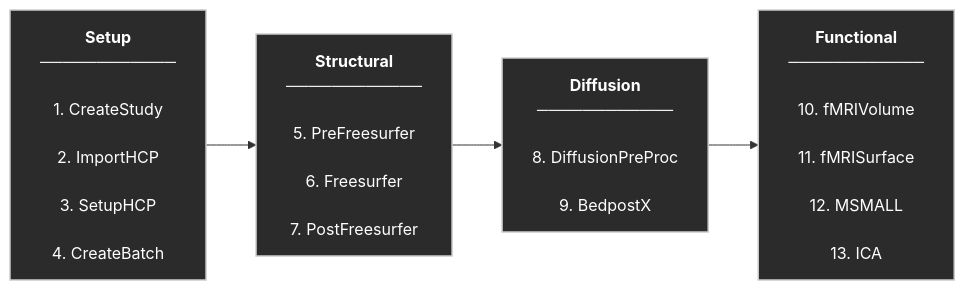
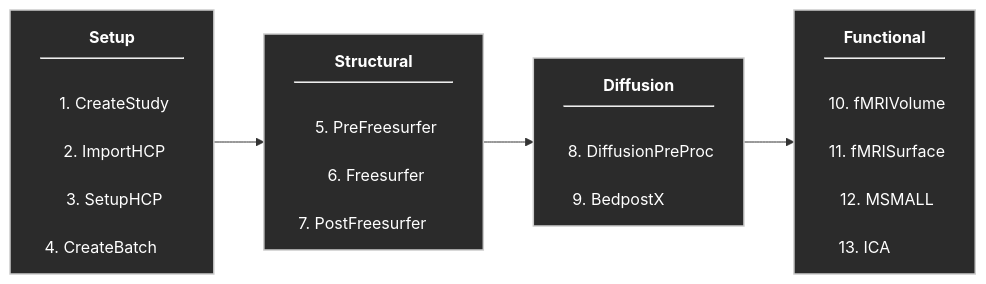
The diagram in README.md (SPMIC-UoN/QuNex_Processing_Pipeline), drawn with Mermaid before and after one commit.

````diff
--- a/README.md
+++ b/README.md
@@ -38,29 +38,35 @@
 ```mermaid
 flowchart LR
 
+%% ---------- Styling ----------
 classDef stage fill:#2b2b2b,stroke:#cccccc,stroke-width:1.5px,color:#ffffff;
 
-Setup["<b>Setup</b><br/>────────────<br/>
-1. CreateStudy<br/>
-2. ImportHCP<br/>
-3. SetupHCP<br/>
-4. CreateBatch"]
+%% ---------- Helper: pad labels to equal width ----------
+%% (Non-breaking spaces force a minimum box width on GitHub.)
+Setup["&nbsp;&nbsp;&nbsp;&nbsp;&nbsp;<b>Setup</b>&nbsp;&nbsp;&nbsp;&nbsp;&nbsp;<hr/>
+&nbsp;1. CreateStudy<br/>
+&nbsp;2. ImportHCP<br/>
+&nbsp;3. SetupHCP<br/>
+&nbsp;4. CreateBatch&nbsp;&nbsp;&nbsp;&nbsp;&nbsp;&nbsp;"]
 
-Structural["<b>Structural</b><br/>────────────<br/>
-5. PreFreesurfer<br/>
-6. Freesurfer<br/>
-7. PostFreesurfer"]
+Structural["&nbsp;&nbsp;&nbsp;<b>Structural</b>&nbsp;&nbsp;&nbsp;<hr/>
+&nbsp;5. PreFreesurfer<br/>
+&nbsp;6. Freesurfer<br/>
+&nbsp;7. PostFreesurfer&nbsp;&nbsp;&nbsp;&nbsp;&nbsp;&nbsp;"]
 
-Diffusion["<b>Diffusion</b><br/>────────────<br/>
-8. DiffusionPreProc<br/>
-9. BedpostX"]
+Diffusion["&nbsp;&nbsp;&nbsp;<b>Diffusion</b>&nbsp;&nbsp;&nbsp;<hr/>
+&nbsp;8. DiffusionPreProc<br/>
+&nbsp;9. BedpostX&nbsp;&nbsp;&nbsp;&nbsp;&nbsp;&nbsp;&nbsp;&nbsp;&nbsp;&nbsp;"]
 
-Functional["<b>Functional</b><br/>────────────<br/>
-10. fMRIVolume<br/>
-11. fMRISurface<br/>
-12. MSMALL<br/>
-13. ICA"]
+Functional["&nbsp;&nbsp;<b>Functional</b>&nbsp;&nbsp;<hr/>
+&nbsp;10. fMRIVolume<br/>
+&nbsp;11. fMRISurface<br/>
+&nbsp;12. MSMALL<br/>
+&nbsp;13. ICA&nbsp;&nbsp;&nbsp;&nbsp;&nbsp;&nbsp;&nbsp;&nbsp;&nbsp;&nbsp;"]
 
+%% ---------- Connections ----------
 Setup --> Structural --> Diffusion --> Functional
+
+%% ---------- Apply Style ----------
 class Setup,Structural,Diffusion,Functional stage;
 ```
````
